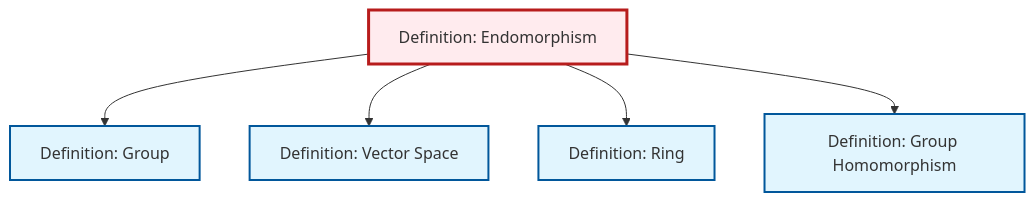
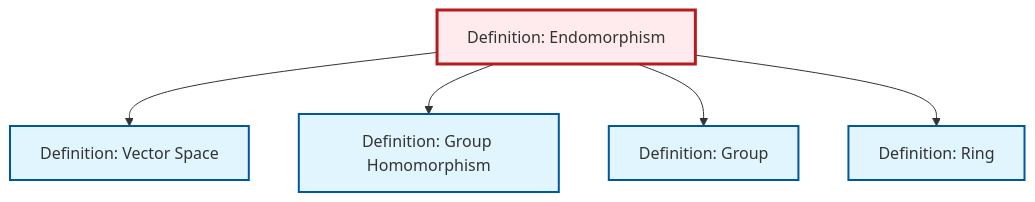
Before and after one commit to RK0429/ModernMath: the diagram in content/en/algebra/def-endomorphism.qmd, drawn with Mermaid. The commit also changed other lines of this file and 597 other files, not shown here.

````diff
--- a/content/en/algebra/def-endomorphism.qmd
+++ b/content/en/algebra/def-endomorphism.qmd
@@ -87,23 +87,23 @@
 ```{mermaid}
 %%| fig-cap: "Local dependency graph"
 graph TD
     classDef definition fill:#e1f5fe,stroke:#01579b,stroke-width:2px
     classDef theorem fill:#f3e5f5,stroke:#4a148c,stroke-width:2px
     classDef axiom fill:#fff3e0,stroke:#e65100,stroke-width:2px
     classDef example fill:#e8f5e9,stroke:#1b5e20,stroke-width:2px
     classDef current fill:#ffebee,stroke:#b71c1c,stroke-width:3px
+    def-homomorphism["Definition: Group Homomorphism"]:::definition
     def-vector-space["Definition: Vector Space"]:::definition
+    def-endomorphism["Definition: Endomorphism"]:::definition
     def-ring["Definition: Ring"]:::definition
-    def-endomorphism["Definition: Endomorphism"]:::definition
     def-group["Definition: Group"]:::definition
-    def-homomorphism["Definition: Group Homomorphism"]:::definition
+    def-endomorphism --> def-vector-space
+    def-endomorphism --> def-homomorphism
     def-endomorphism --> def-group
-    def-endomorphism --> def-vector-space
     def-endomorphism --> def-ring
-    def-endomorphism --> def-homomorphism
     class def-endomorphism current
+    click def-homomorphism "def-homomorphism.html" "Go to Group Homomorphism definition"
     click def-vector-space "def-vector-space.html" "Go to Vector Space definition"
     click def-ring "def-ring.html" "Go to Ring definition"
     click def-group "def-group.html" "Go to Group definition"
-    click def-homomorphism "def-homomorphism.html" "Go to Group Homomorphism definition"
 ```
````
